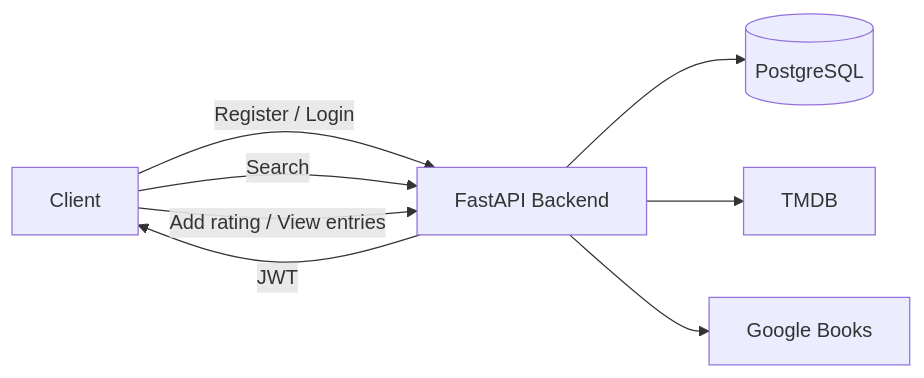
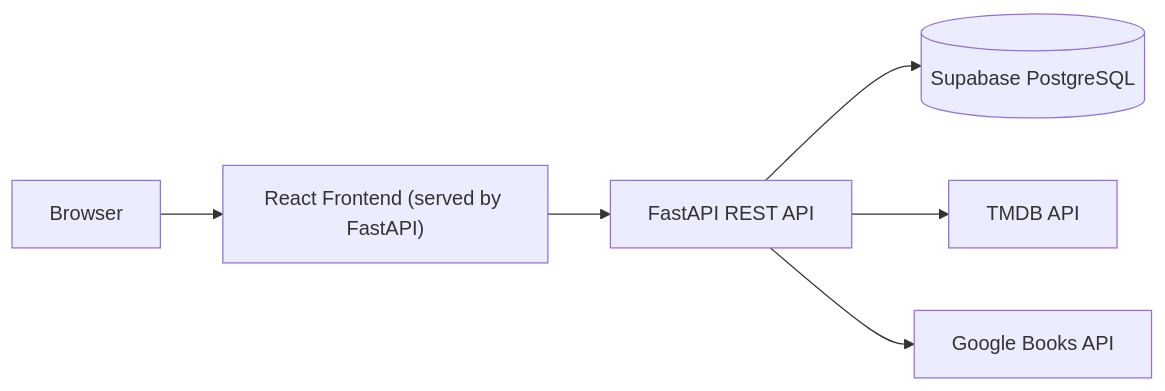
The diagram in README.md (samadrita-saha/mediavault), drawn with Mermaid before and after one commit. The commit also changed other lines of this file and 4 other files, not shown here.

````diff
--- a/README.md
+++ b/README.md
@@ -7,18 +65,10 @@
 ```mermaid
 flowchart LR
-    User[Client]
-    API[FastAPI Backend]
-    DB[(PostgreSQL)]
-    TMDB[TMDB]
-    Books[Google Books]
 
-    User -->|Register / Login| API
-    API --> DB
-    API -->|JWT| User
+Browser --> React["React Frontend (served by FastAPI)"]
+React --> API["FastAPI REST API"]
 
-    User -->|Search| API
-    API --> TMDB
-    API --> Books
-
-    User -->|Add rating / View entries| API
+API --> DB[("Supabase PostgreSQL")]
+API --> TMDB["TMDB API"]
+API --> Books["Google Books API"]
 ```
````
